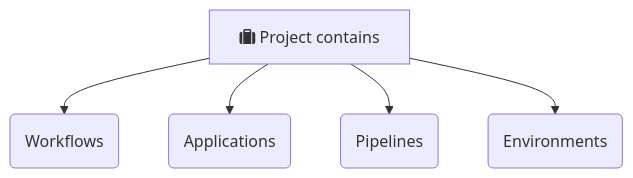
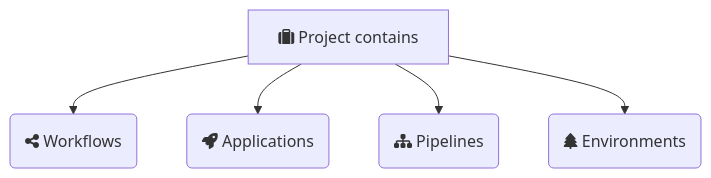
Before and after one commit to ovh/cds: the diagram in docs/content/gettingstarted/scopes/_index.md, drawn with Mermaid. The commit also changed 72 other files, not shown here.

```diff
--- a/docs/content/gettingstarted/scopes/_index.md
+++ b/docs/content/gettingstarted/scopes/_index.md
@@ -8,12 +8,12 @@
 {{<mermaid>}}
 graph TD;
-    A[fa:fa-suitcase Project contains] --> B(Workflows);
-    A --> C(Applications);
-    A --> D(Pipelines);
-    A --> E(Environments);
+    A[fa:fa-suitcase Project contains] --> B(fa:fa-share-alt Workflows);
+    A --> C(fa:fa-rocket Applications);
+    A --> D(fa:fa-sitemap Pipelines);
+    A --> E(fa:fa-tree Environments);
     click A "project/" "View CDS Project Documentation"
     click B "../concepts/workflow/" "View CDS Workflow Documentation"
     click C "application/" "View CDS Application Documentation"
     click D "../concepts/pipeline/" "View CDS Pipeline Documentation"
     click E "environment/" "View CDS Environment Documentation"
 {{< /mermaid >}}
```
